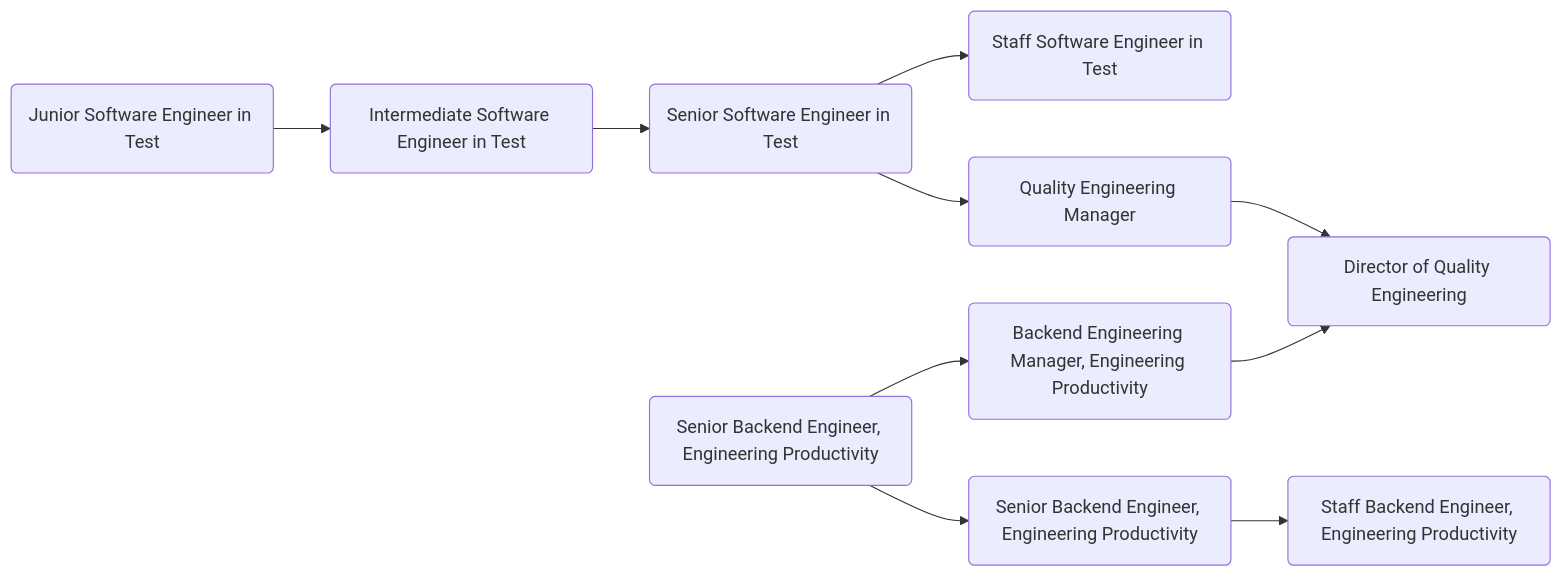
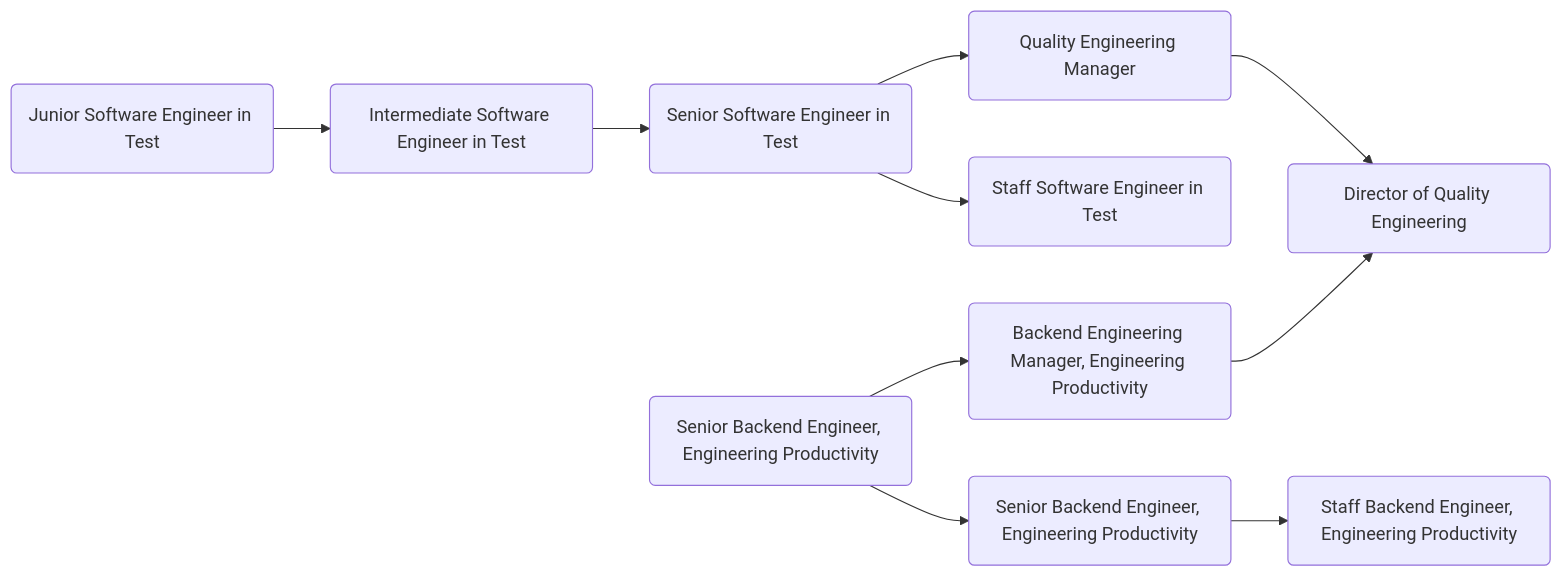
The third of 5 diagrams in career-development/index.html.md (secretstartups/handbook), drawn with Mermaid before and after one commit.

Commit message:
Add EP roles

````diff
--- a/career-development/index.html.md
+++ b/career-development/index.html.md
@@ -176,20 +176,25 @@
 ```mermaid
   graph LR;
   qual:jset(Junior Software Engineer in Test)-->qual:iset(Intermediate Software Engineer in Test);
   qual:iset(Intermediate Software Engineer in Test)-->qual:sset(Senior Software Engineer in Test);
   qual:sset(Senior Software Engineer in Test)-->qual:stset(Staff Software Engineer in Test);
   qual:sset(Senior Software Engineer in Test)-->qual:qem(Quality Engineering Manager);
-  qual:qem(Quality Engineering Manager)-->qual:dqe(Director of Quality Engineering);
   
   qual:ibeep(Intermediate Backend Engineer, Engineering Productivity)-->qual:sbeep(Senior Backend Engineer, Engineering Productivity);
   qual:sbeep(Senior Backend Engineer, Engineering Productivity)-->qual:stbeep(Staff Backend Engineer, Engineering Productivity);
   qual:ibeep(Senior Backend Engineer, Engineering Productivity)-->qual:bemep(Backend Engineering Manager, Engineering Productivity);
+  
   qual:bemep(Backend Engineering Manager, Engineering Productivity)-->qual:dqe(Director of Quality Engineering);
-
+  qual:qem(Quality Engineering Manager)-->qual:dqe(Director of Quality Engineering);
+  
   click qual:jset "/job-families/engineering/software-engineer-in-test#junior-software-engineer-in-test";
   click qual:iset "/job-families/engineering/software-engineer-in-test#intermediate-software-engineer-in-test";
   click qual:sset "/job-families/engineering/software-engineer-in-test#senior-software-engineer-in-test";
   click qual:stset "/job-families/engineering/software-engineer-in-test#staff-software-engineer-in-test";
+  click qual:ibeep "/job-families/engineering/backend-engineer/#engineering-productivity";
+  click qual:sbeep "/job-families/engineering/backend-engineer/#engineering-productivity";
+  click qual:stbeep "/job-families/engineering/backend-engineer/#engineering-productivity";
+  click qual:bemep "/job-families/engineering/backend-engineer/#backend-manager-engineering";
   click qual:qem "/job-families/engineering/engineering-management-quality/#quality-engineering-manager";
   click qual:dqe "/job-families/engineering/engineering-management-quality/#director-of-quality-engineering";
 ```
````
